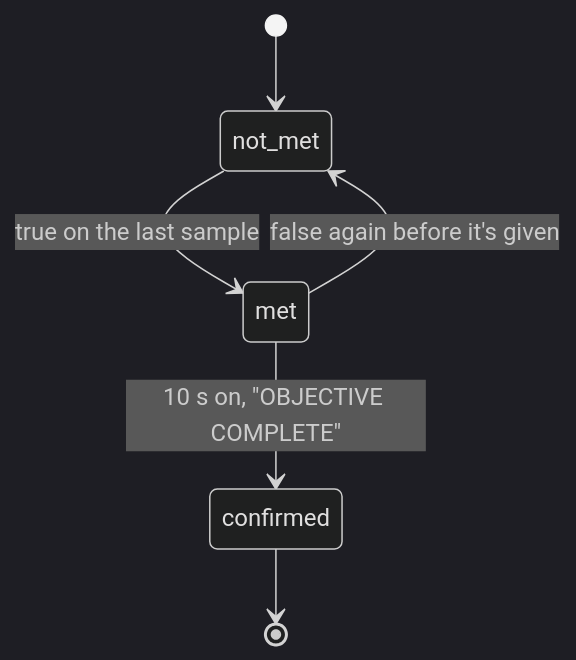
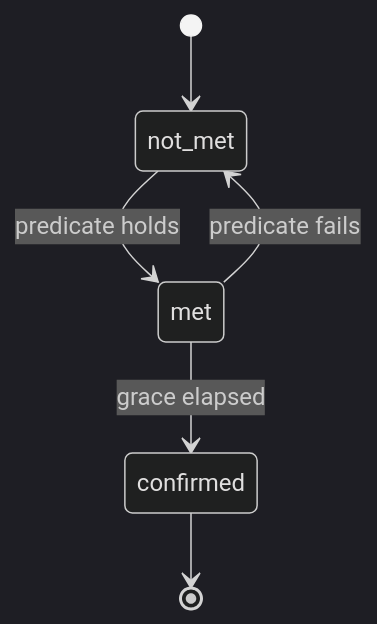
Before and after one commit to Neefay/arma3-llm-harness: diagram 17 of 23 in docs/COMMANDER_MODEL.md, drawn with Mermaid (dark theme). The commit also changed other lines of this file and 1 other file, not shown here.

````diff
--- a/docs/COMMANDER_MODEL.md
+++ b/docs/COMMANDER_MODEL.md
@@ -870,8 +487,8 @@
 ```mermaid
 stateDiagram-v2
   [*] --> not_met
-  not_met --> met: true on the last sample
-  met --> not_met: false again before it's given
-  met --> confirmed: 10 s on, "OBJECTIVE COMPLETE"
+  not_met --> met: predicate holds
+  met --> not_met: predicate fails
+  met --> confirmed: grace elapsed
   confirmed --> [*]
 ```
````
